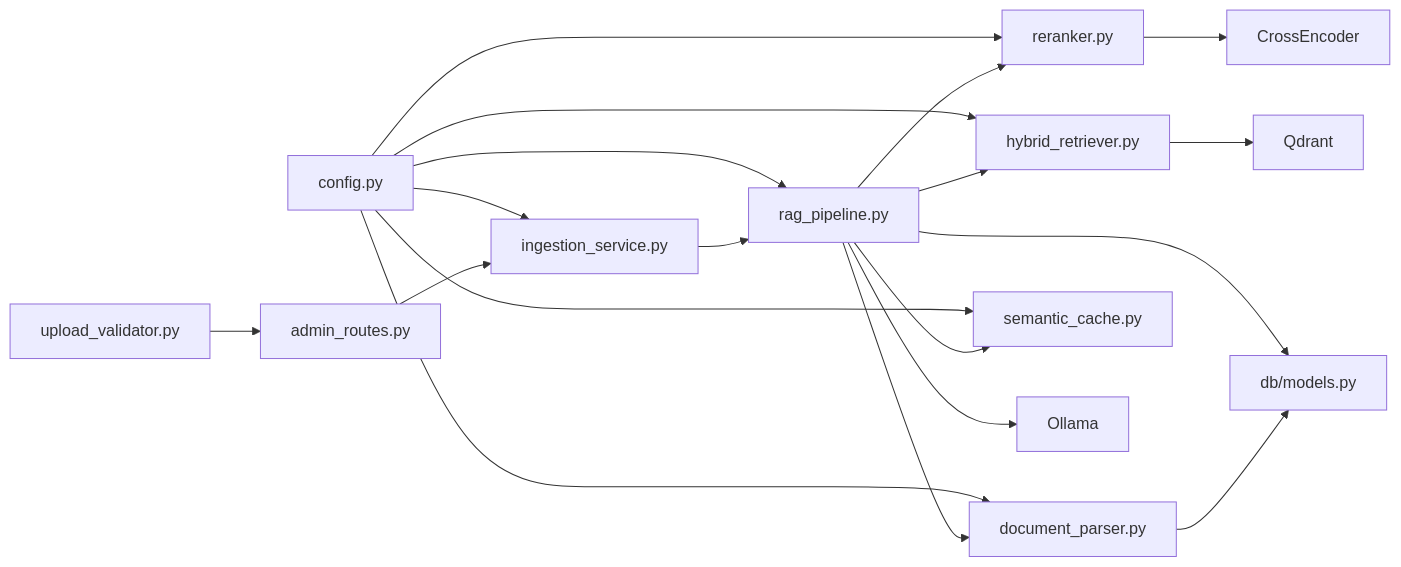
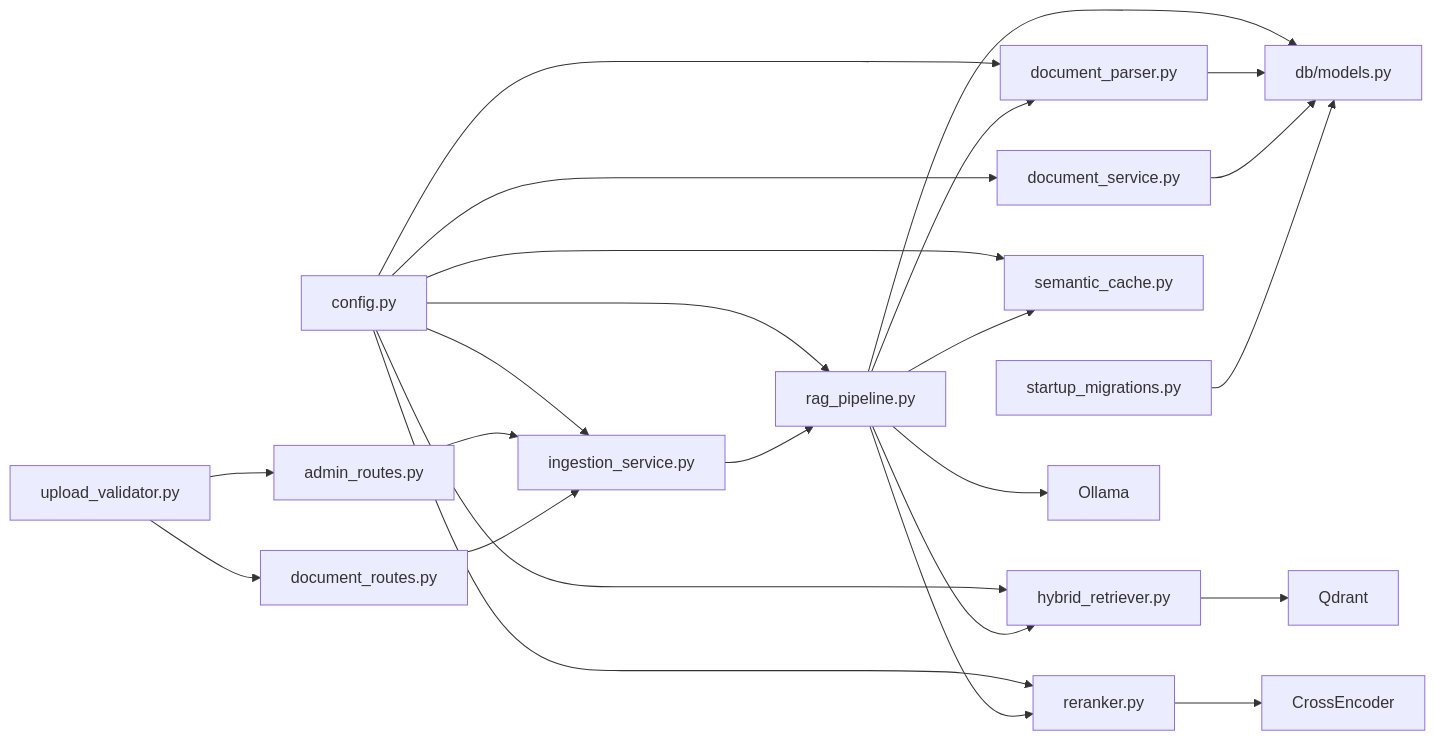
Diagram 12 of 12 in .qoder/repowiki/en/content/Document Processing System/Document Processing System.md (genes8/private-ai), drawn with Mermaid before and after one commit. The commit also changed other lines of this file and 7 other files, not shown here.

First line of the commit message:
fix: startup_migrations SQLAlchemy text() bind-parameter parsing bug

````diff
--- a/.qoder/repowiki/en/content/Document Processing System/Document Processing System.md
+++ b/.qoder/repowiki/en/content/Document Processing System/Document Processing System.md
@@ -554,21 +654,26 @@
 ```mermaid
 graph LR
 CFG["config.py"] --> IS["ingestion_service.py"]
 CFG --> RP["rag_pipeline.py"]
 CFG --> DP["document_parser.py"]
 CFG --> HR["hybrid_retriever.py"]
 CFG --> RR["reranker.py"]
 CFG --> SC["semantic_cache.py"]
+CFG --> DS["document_service.py"]
 UV["upload_validator.py"] --> AR["admin_routes.py"]
+UV --> DR["document_routes.py"]
 AR --> IS
+DR --> IS
 IS --> RP
 RP --> DP
 RP --> HR
 RP --> RR
 RP --> SC
 RP --> DB["db/models.py"]
 DP --> DB
+DS --> DB
 HR --> QD["Qdrant"]
 RR --> CE["CrossEncoder"]
 RP --> OLL["Ollama"]
+SM["startup_migrations.py"] --> DB
 ```
````
